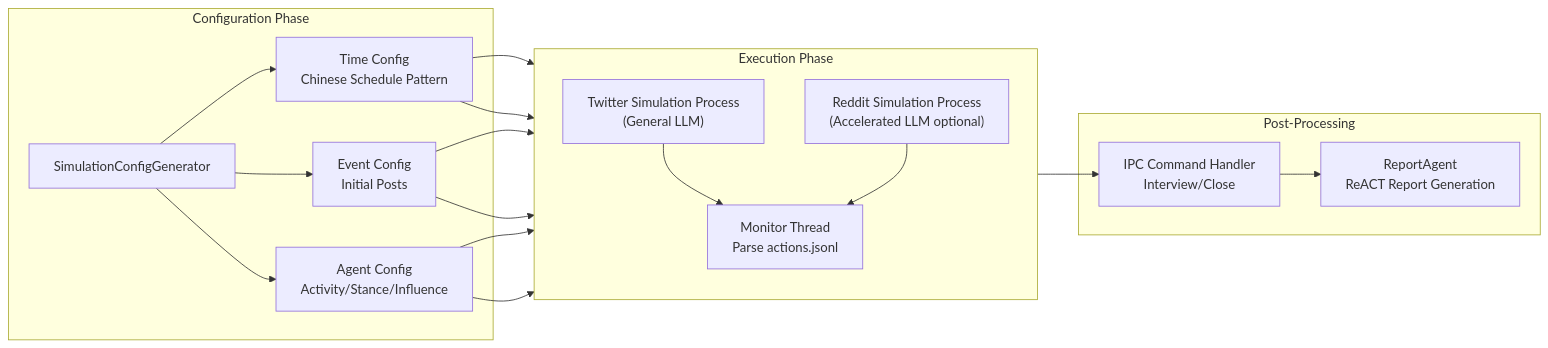
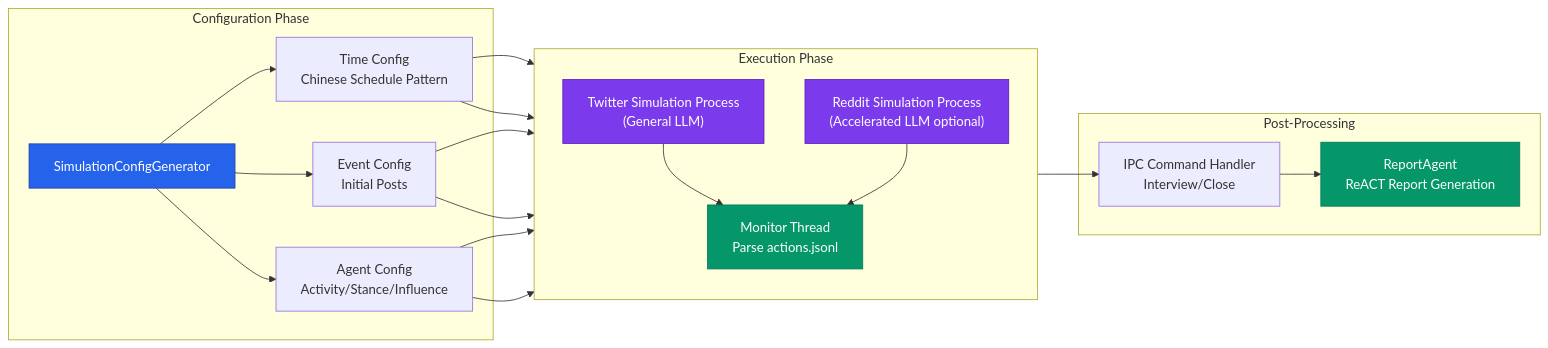
One commit to Codeblackbyshazzy/awesome-ai-anatomy changed the third of 3 diagrams in mirofish/README.md. Above: the diagram before and after it, drawn with Mermaid. The commit also changed other lines of this file and 4 other files, not shown here.

Commit message:
style: unified Mermaid color scheme across all teardowns

````diff
--- a/mirofish/README.md
+++ b/mirofish/README.md
@@ -183,27 +196,39 @@
 ```mermaid
 flowchart LR
     subgraph Config["Configuration Phase"]
         SC[SimulationConfigGenerator]
         TC[Time Config\nChinese Schedule Pattern]
         EC[Event Config\nInitial Posts]
         AC[Agent Config\nActivity/Stance/Influence]
     end
 
     subgraph Run["Execution Phase"]
         direction TB
         Twitter["Twitter Simulation Process\n(General LLM)"]
         Reddit["Reddit Simulation Process\n(Accelerated LLM optional)"]
         Monitor["Monitor Thread\nParse actions.jsonl"]
     end
 
     subgraph Post["Post-Processing"]
         IPC["IPC Command Handler\nInterview/Close"]
         Report["ReportAgent\nReACT Report Generation"]
     end
 
     SC --> TC & EC & AC
     TC & EC & AC --> Twitter & Reddit
     Twitter & Reddit --> Monitor
     Monitor --> IPC
     IPC --> Report
+
+    classDef primary fill:#2563eb,stroke:#1e40af,color:#fff
+    classDef secondary fill:#7c3aed,stroke:#5b21b6,color:#fff
+    classDef accent fill:#059669,stroke:#047857,color:#fff
+    classDef warn fill:#d97706,stroke:#b45309,color:#fff
+    classDef neutral fill:#374151,stroke:#1f2937,color:#fff
+
+    class SC primary
+    class Twitter secondary
+    class Reddit secondary
+    class Report accent
+    class Monitor accent
 ```
````
